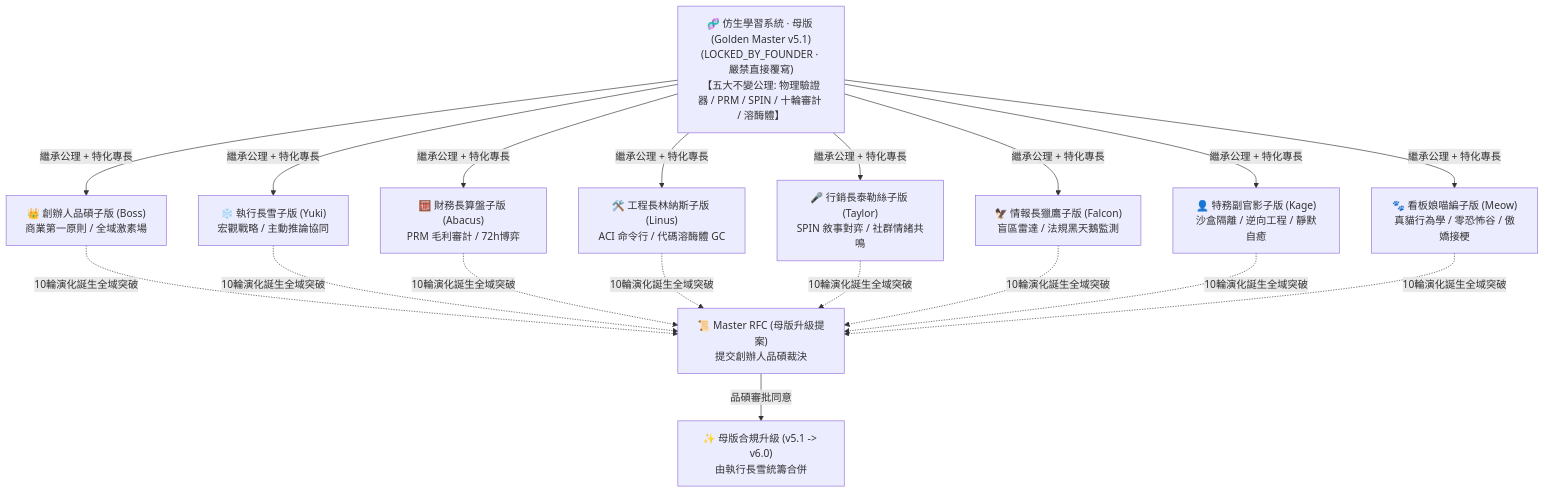
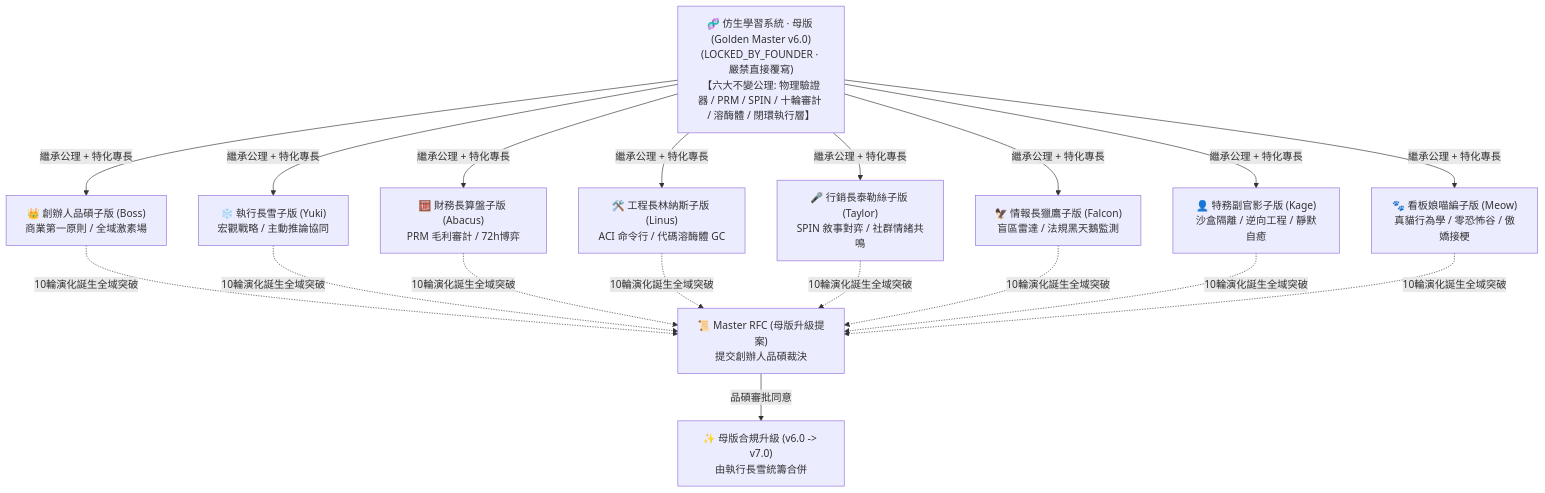
The fifth of 7 diagrams in .agents/skills/bionic-learning-system/SKILL.md (chalaw710218/00_Master_Polaris), drawn with Mermaid before and after one commit. The commit also changed other lines of this file and 11 other files, not shown here.

Commit message:
feat(master): upgrade bionic learning master to v6.0 (RFC #002 closed-loop execution layer, chapters 1-10 hardened, bionic_core)

````diff
--- a/.agents/skills/bionic-learning-system/SKILL.md
+++ b/.agents/skills/bionic-learning-system/SKILL.md
@@ -244,16 +308,16 @@
 ```mermaid
 flowchart TD
-    Master["🧬 仿生學習系統 · 母版 (Golden Master v5.1)\n(LOCKED_BY_FOUNDER · 嚴禁直接覆寫)\n【五大不變公理: 物理驗證器 / PRM / SPIN / 十輪審計 / 溶酶體】"]
+    Master["🧬 仿生學習系統 · 母版 (Golden Master v6.0)\n(LOCKED_BY_FOUNDER · 嚴禁直接覆寫)\n【六大不變公理: 物理驗證器 / PRM / SPIN / 十輪審計 / 溶酶體 / 閉環執行層】"]
     
     Master -->|繼承公理 + 特化專長| C1["👑 創辦人品碩子版 (Boss)\n商業第一原則 / 全域激素場"]
     Master -->|繼承公理 + 特化專長| C2["❄️ 執行長雪子版 (Yuki)\n宏觀戰略 / 主動推論協同"]
     Master -->|繼承公理 + 特化專長| C3["🧮 財務長算盤子版 (Abacus)\nPRM 毛利審計 / 72h博弈"]
     Master -->|繼承公理 + 特化專長| C4["🛠️ 工程長林納斯子版 (Linus)\nACI 命令行 / 代碼溶酶體 GC"]
     Master -->|繼承公理 + 特化專長| C5["🎤 行銷長泰勒絲子版 (Taylor)\nSPIN 敘事對弈 / 社群情緒共鳴"]
     Master -->|繼承公理 + 特化專長| C6["🦅 情報長獵鷹子版 (Falcon)\n盲區雷達 / 法規黑天鵝監測"]
     Master -->|繼承公理 + 特化專長| C7["👤 特務副官影子版 (Kage)\n沙盒隔離 / 逆向工程 / 靜默自癒"]
     Master -->|繼承公理 + 特化專長| C8["🐾 看板娘喵編子版 (Meow)\n真貓行為學 / 零恐怖谷 / 傲嬌接梗"]
 
     C1 & C2 & C3 & C4 & C5 & C6 & C7 & C8 -.->|10輪演化誕生全域突破| RFC["📜 Master RFC (母版升級提案)\n提交創辦人品碩裁決"]
-    RFC -->|品碩審批同意| Merge["✨ 母版合規升級 (v5.1 -> v6.0)\n由執行長雪統籌合併"]
+    RFC -->|品碩審批同意| Merge["✨ 母版合規升級 (v6.0 -> v7.0)\n由執行長雪統籌合併"]
 ```
````
